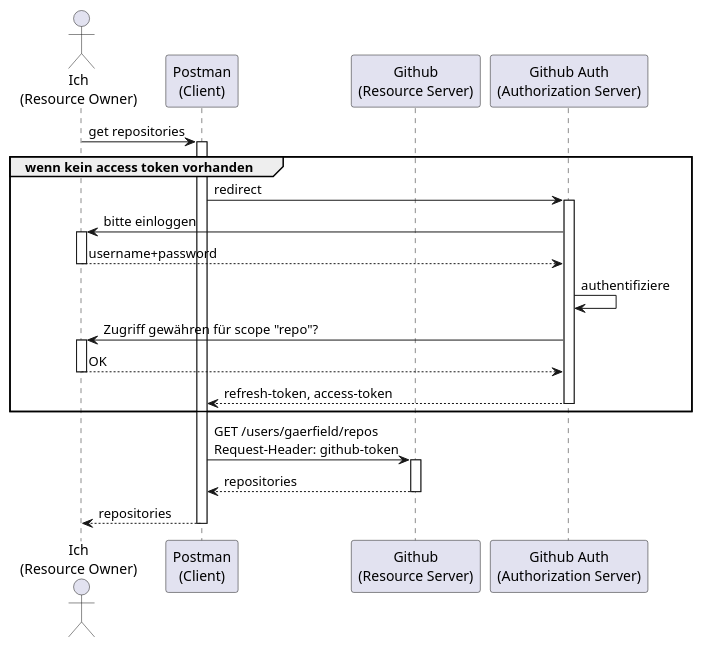
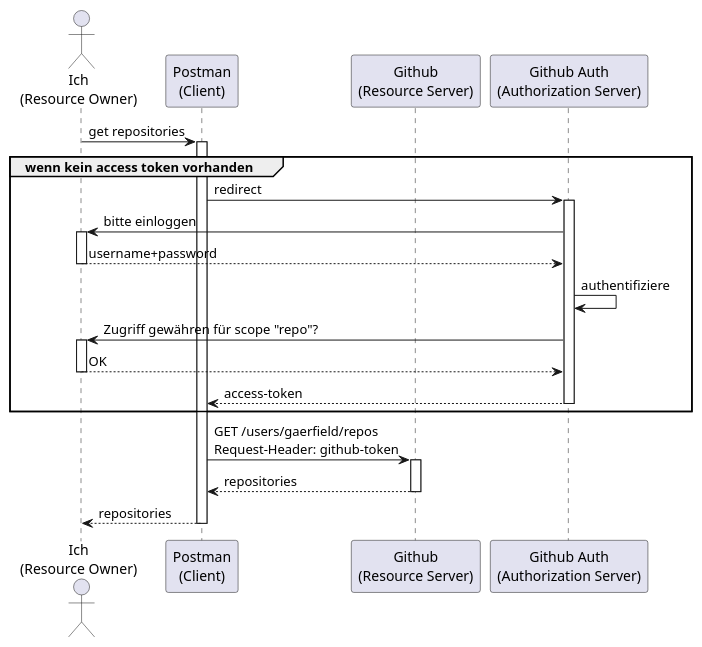
One commit to gaerfield/2021-08-oauth2-talk changed the diagram in 3_oauth.md. Above: the diagram before and after it, drawn with PlantUML. The commit also changed other lines of this file and 6 other files, not shown here.

````diff
--- a/3_oauth.md
+++ b/3_oauth.md
@@ -55,21 +55,21 @@
 ```puml
 
 Actor "Ich\n(Resource Owner)" as reso
 participant "Postman\n(Client)" as client
 participant "Github\n(Resource Server)" as ress
 participant "Github Auth\n(Authorization Server)" as auth
 
 reso -> client++ : get repositories
 group wenn kein access token vorhanden
 client -> auth++ : redirect
 auth -> reso++ : bitte einloggen
 return username+password
 auth -> auth : authentifiziere
 auth -> reso++ : Zugriff gewähren für scope "repo"?
 return OK
-return refresh-token, access-token
+return access-token
 end
 client -> ress++ : GET /users/gaerfield/repos\nRequest-Header: github-token
 return repositories
 return repositories
 ```
````
